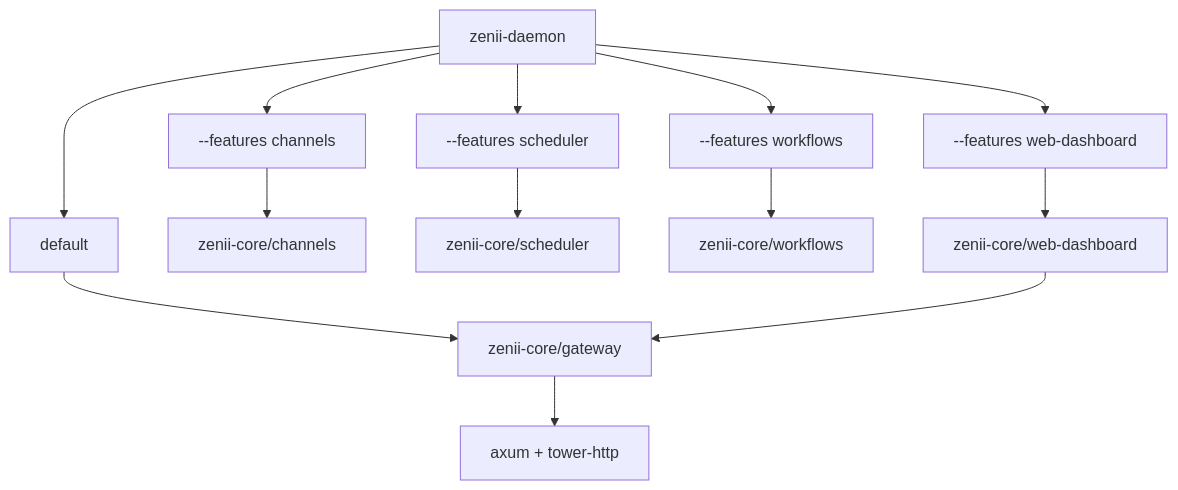
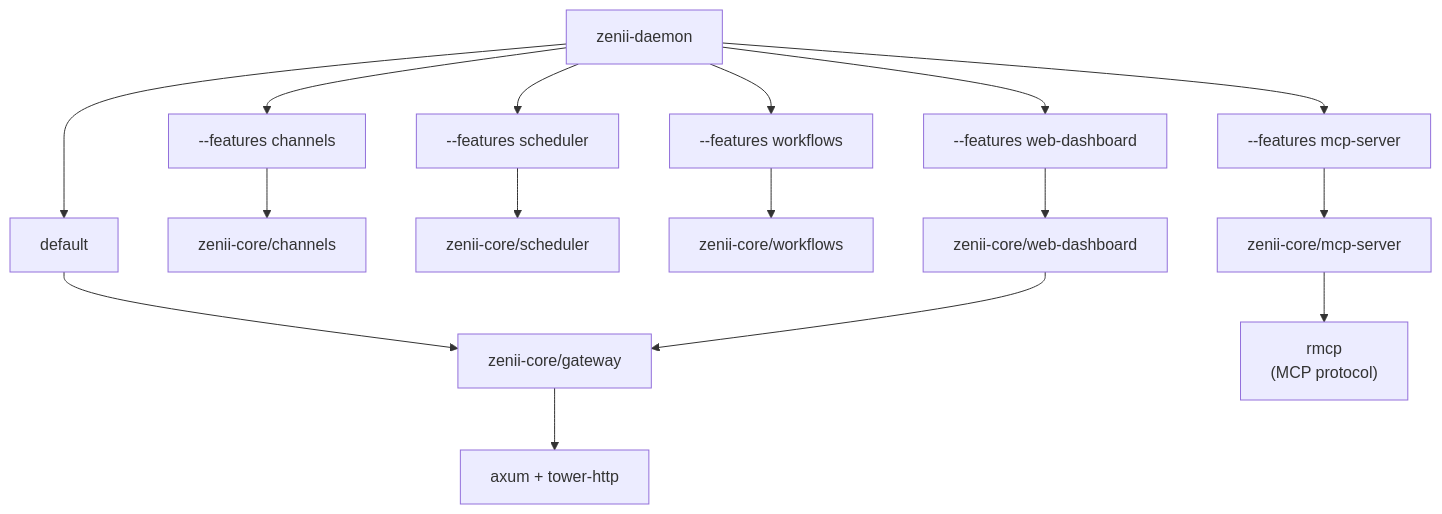
One commit to sprklai/mesoclaw changed the sixth of 6 diagrams in README.md. Above: the diagram before and after it, drawn with Mermaid. The commit also changed other lines of this file and 19 other files, not shown here.

First line of the commit message:
feat: add MCP server binary and harden tool visibility enforcement

````diff
--- a/README.md
+++ b/README.md
@@ -445,16 +483,19 @@
 ```mermaid
 graph TD
     Daemon[zenii-daemon] --> Default[default]
     Daemon --> Ch["--features channels"]
     Daemon --> Sc["--features scheduler"]
     Daemon --> Wf["--features workflows"]
     Daemon --> Wd["--features web-dashboard"]
+    Daemon --> Mcp["--features mcp-server"]
 
     Default --> GW["zenii-core/gateway"]
     GW --> Axum[axum + tower-http]
     Ch --> ChCore[zenii-core/channels]
     Sc --> ScCore[zenii-core/scheduler]
     Wf --> WfCore[zenii-core/workflows]
     Wd --> WdCore[zenii-core/web-dashboard]
     WdCore --> GW
+    Mcp --> McpCore[zenii-core/mcp-server]
+    McpCore --> rmcp["rmcp<br>#40;MCP protocol#41;"]
 ```
````
